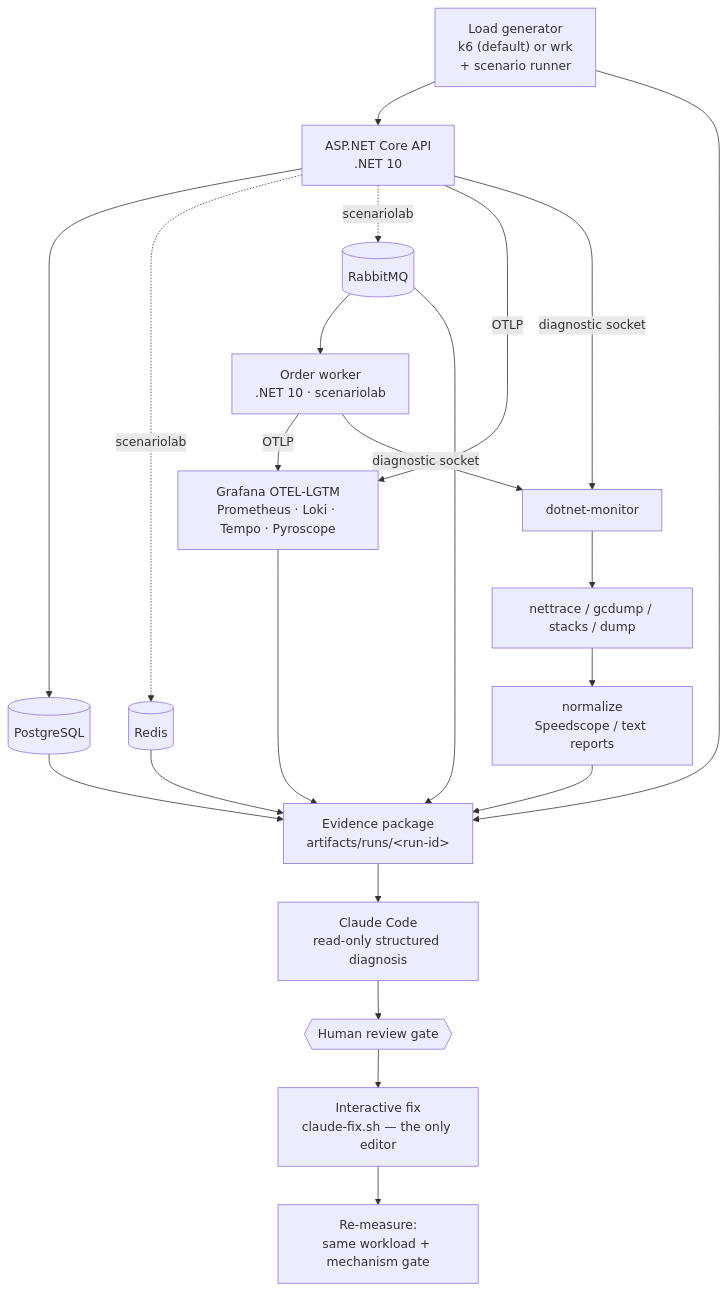
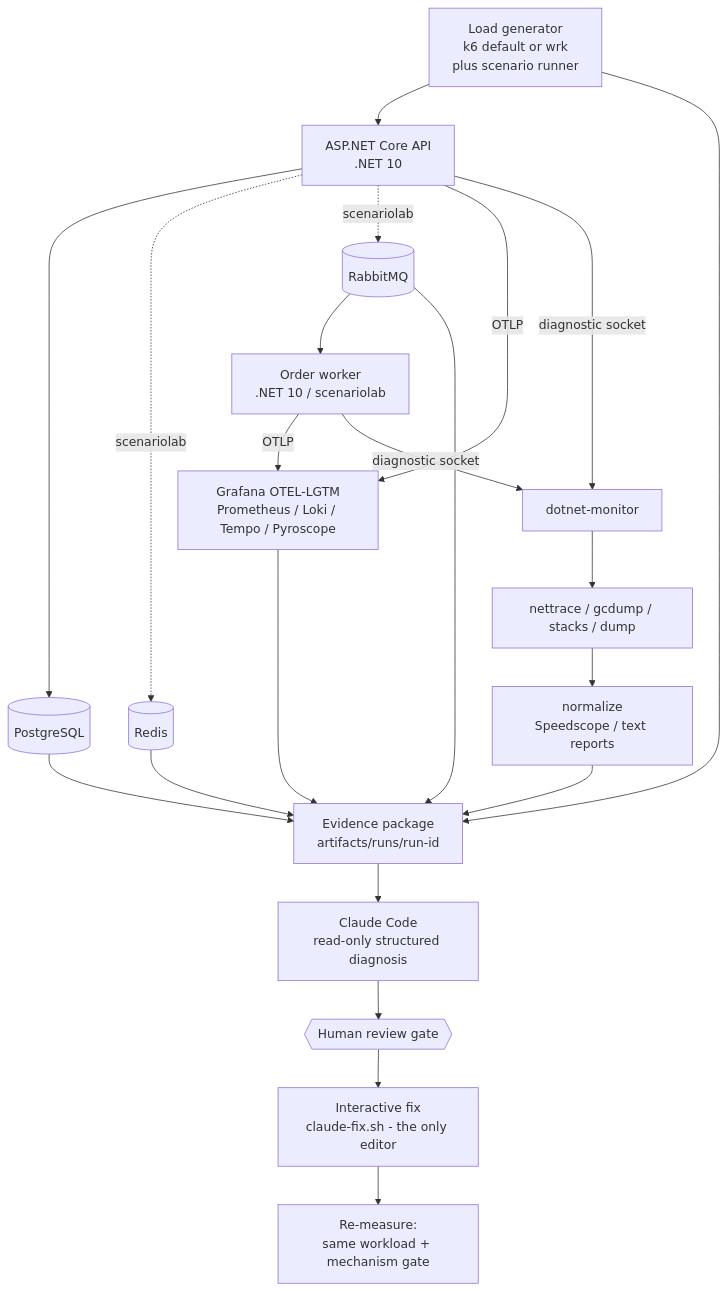
Before and after one commit to nilshah80/dotnet-perf-eng: the diagram in README.md, drawn with Mermaid. The commit also changed 3 other files, not shown here.

````diff
--- a/README.md
+++ b/README.md
@@ -26,27 +26,27 @@
 ```mermaid
 flowchart TD
-    LG["Load generator<br/>k6 (default) or wrk<br/>+ scenario runner"] --> API["ASP.NET Core API<br/>.NET 10"]
+    LG["Load generator<br/>k6 default or wrk<br/>plus scenario runner"] --> API["ASP.NET Core API<br/>.NET 10"]
     API --> PG[("PostgreSQL")]
     API -. scenariolab .-> REDIS[("Redis")]
     API -. scenariolab .-> RABBIT[("RabbitMQ")]
-    RABBIT --> WORKER["Order worker<br/>.NET 10 · scenariolab"]
+    RABBIT --> WORKER["Order worker<br/>.NET 10 / scenariolab"]
 
-    API -- OTLP --> LGTM["Grafana OTEL-LGTM<br/>Prometheus · Loki · Tempo · Pyroscope"]
+    API -- OTLP --> LGTM["Grafana OTEL-LGTM<br/>Prometheus / Loki / Tempo / Pyroscope"]
     WORKER -- OTLP --> LGTM
     API -- diagnostic socket --> MON["dotnet-monitor"]
     WORKER -- diagnostic socket --> MON
     MON --> RT["nettrace / gcdump / stacks / dump"]
 
-    LG --> EV["Evidence package<br/>artifacts/runs/&lt;run-id&gt;"]
+    LG --> EV["Evidence package<br/>artifacts/runs/run-id"]
     LGTM --> EV
     PG --> EV
     REDIS --> EV
     RABBIT --> EV
     RT --> NORM["normalize<br/>Speedscope / text reports"]
     NORM --> EV
 
     EV --> CLAUDE["Claude Code<br/>read-only structured diagnosis"]
     CLAUDE --> GATE{{"Human review gate"}}
-    GATE --> FIX["Interactive fix<br/>claude-fix.sh — the only editor"]
+    GATE --> FIX["Interactive fix<br/>claude-fix.sh - the only editor"]
     FIX --> VAL["Re-measure:<br/>same workload + mechanism gate"]
 ```
````
